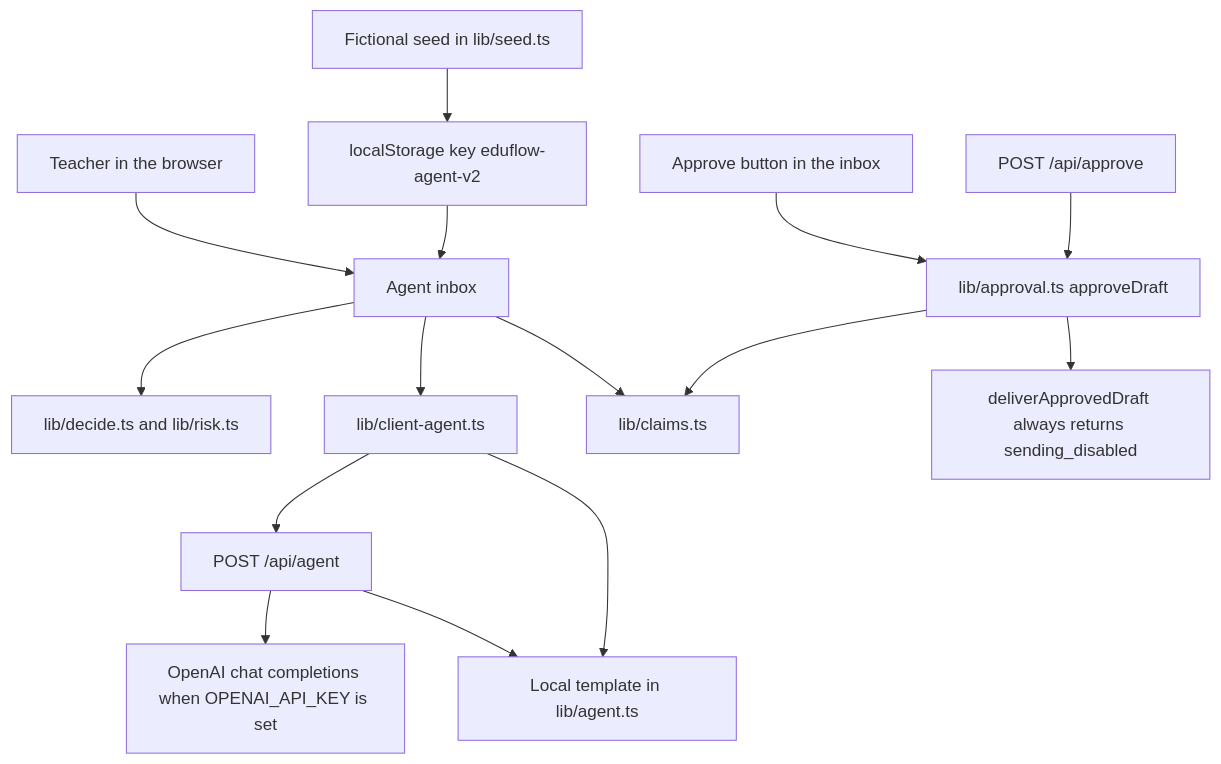
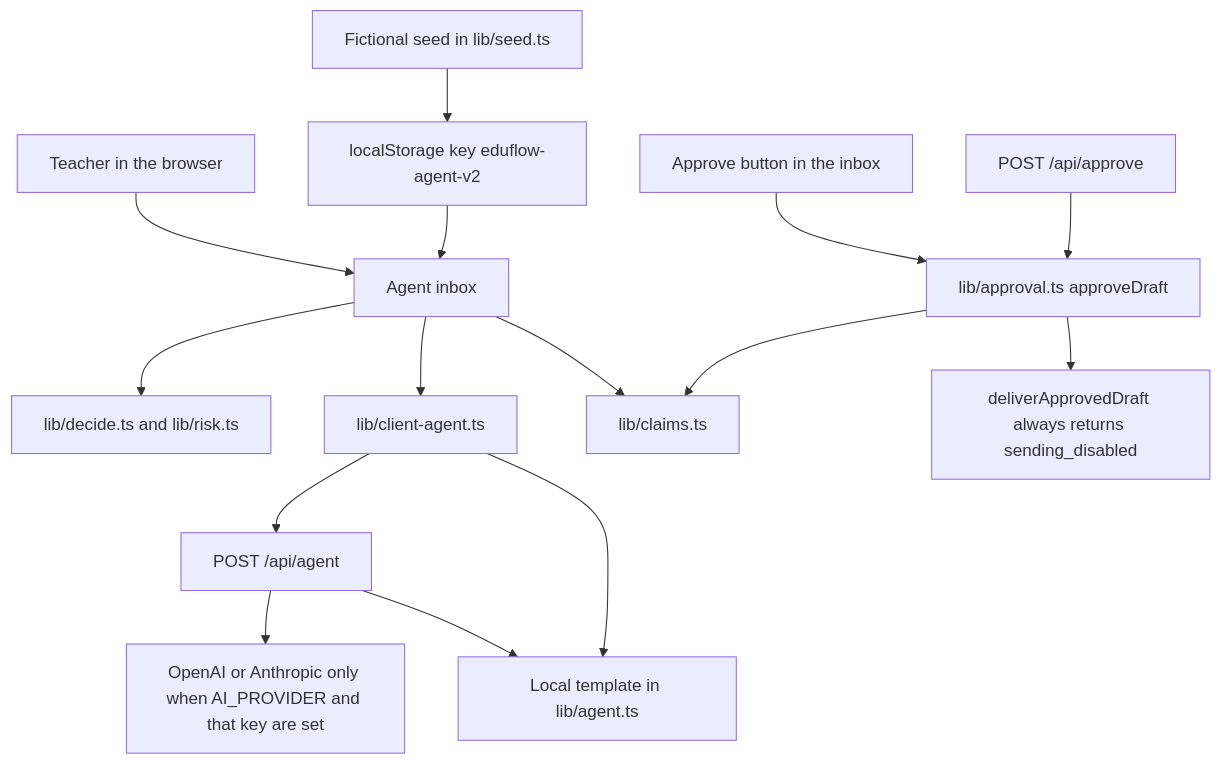
Before and after one commit to mahdimohmmed97-commits/eduflow-agent: the diagram in docs/ARCHITECTURE.md, drawn with Mermaid. The commit also changed other lines of this file and 16 other files, not shown here.

````diff
--- a/docs/ARCHITECTURE.md
+++ b/docs/ARCHITECTURE.md
@@ -9,32 +9,32 @@
 ```mermaid
 flowchart TD
   teacher[Teacher in the browser]
   seed[Fictional seed in lib/seed.ts]
   store[localStorage key eduflow-agent-v2]
   inbox[Agent inbox]
   decide[lib/decide.ts and lib/risk.ts]
   client[lib/client-agent.ts]
   agentApi["POST /api/agent"]
-  model[OpenAI chat completions when OPENAI_API_KEY is set]
+  model[OpenAI or Anthropic only when AI_PROVIDER and that key are set]
   template[Local template in lib/agent.ts]
   claims[lib/claims.ts]
   approveUi[Approve button in the inbox]
   approveApi["POST /api/approve"]
   gate[lib/approval.ts approveDraft]
   block[deliverApprovedDraft always returns sending_disabled]
 
   teacher --> inbox
   seed --> store
   store --> inbox
   inbox --> decide
   inbox --> client
   client --> agentApi
   agentApi --> model
   agentApi --> template
   client --> template
   inbox --> claims
   approveUi --> gate
   approveApi --> gate
   gate --> claims
   gate --> block
 ```
````
